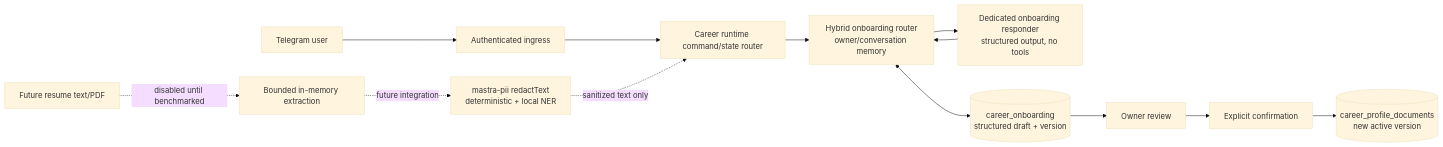
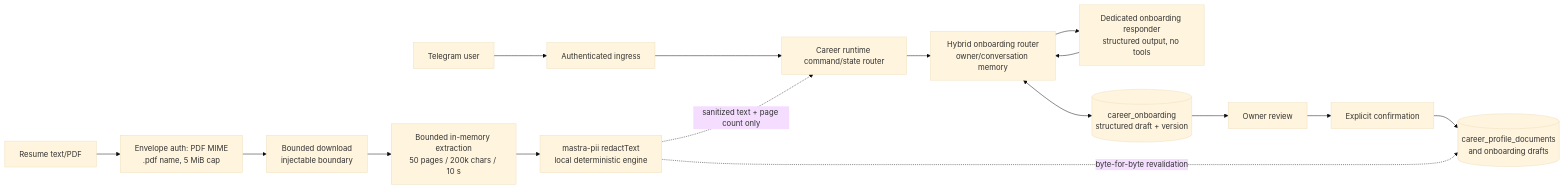
Before and after one commit to KripaMishra/career-copilot: the first of 2 diagrams in docs/specs/onboarding-pii-redaction.md, drawn with Mermaid (base theme). The commit also changed other lines of this file and 33 other files, not shown here.

First line of the commit message:
feat(pii): bounded resume ingestion with local redaction + canary eval suite

````diff
--- a/docs/specs/onboarding-pii-redaction.md
+++ b/docs/specs/onboarding-pii-redaction.md
@@ -357,16 +248,19 @@
 ```mermaid
 flowchart LR
     User[Telegram user] --> Auth[Authenticated ingress]
     Auth --> Runtime[Career runtime command/state router]
     Runtime --> Route[Hybrid onboarding router\nowner/conversation memory]
     Route --> Agent[Dedicated onboarding responder\nstructured output, no tools]
     Agent --> Route
     Route <--> Draft[(career_onboarding\nstructured draft + version)]
     Draft --> Review[Owner review]
     Review --> Confirm[Explicit confirmation]
     Confirm --> Profile[(career_profile_documents\nnew active version)]
 
-    Resume[Future resume text/PDF] -. disabled until benchmarked .-> Extract[Bounded in-memory extraction]
-    Extract -. future integration .-> PII[mastra-pii redactText\ndeterministic + local NER]
-    PII -. sanitized text only .-> Runtime
+    Resume[Resume text/PDF] --> Auth2[Envelope auth: PDF MIME\n.pdf name, 5 MiB cap]
+    Auth2 --> Download[Bounded download\ninjectable boundary]
+    Download --> Extract[Bounded in-memory extraction\n50 pages / 200k chars / 10 s]
+    Extract --> PII[mastra-pii redactText\nlocal deterministic engine]
+    PII -. sanitized text + page count only .-> Runtime
+    PII -. byte-for-byte revalidation .-> Profile[(career_profile_documents\nand onboarding drafts)]
 ```
````
